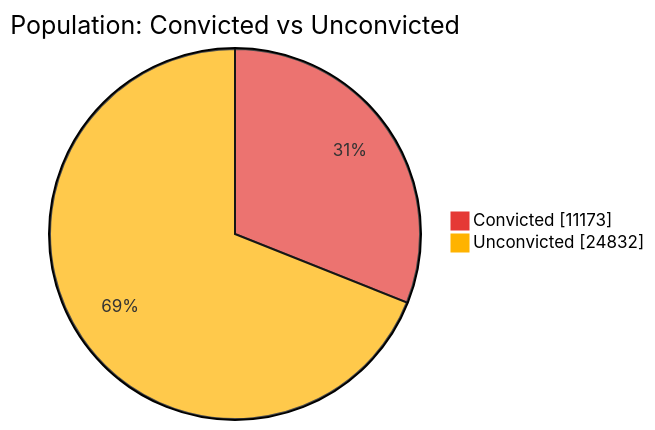
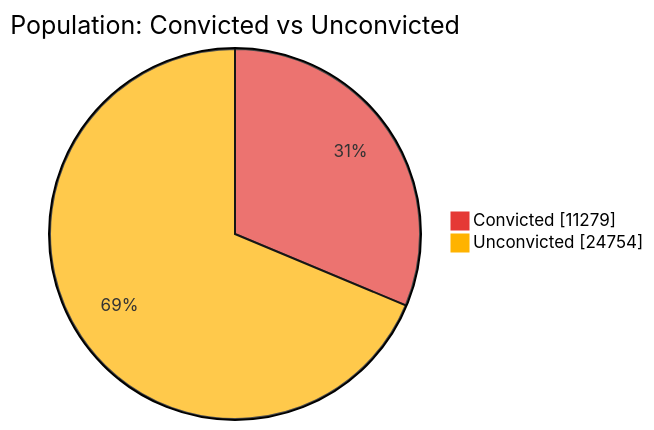
Before and after one commit to nuuuwan/lk_prisons: the first of 7 diagrams in README.md, drawn with Mermaid. The commit also changed other lines of this file and 1 other file, not shown here.

````diff
--- a/README.md
+++ b/README.md
@@ -43,6 +43,6 @@
 ```mermaid
 %%{init: {'themeVariables': {'pie1': '#E53935', 'pie2': '#FFB300'}}}%%
 pie showData title Population: Convicted vs Unconvicted
-    "Convicted" : 11173
-    "Unconvicted" : 24832
+    "Convicted" : 11279
+    "Unconvicted" : 24754
 ```
````
